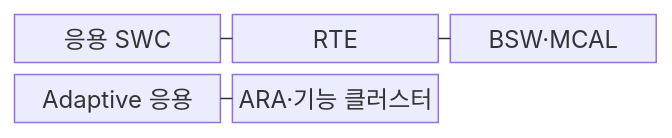
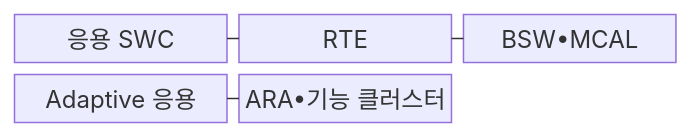
The first of 2 diagrams in src/content/docs/notes/02-hardware/067_autosar.md (agnusdei1207/knowledge-base), drawn with Mermaid before and after one commit. The commit also changed other lines of this file and 953 other files, not shown here.

````diff
--- a/src/content/docs/notes/02-hardware/067_autosar.md
+++ b/src/content/docs/notes/02-hardware/067_autosar.md
@@ -68,12 +68,12 @@
 ```mermaid
 block
   columns 3
   A["응용 SWC"]
   B["RTE"]
-  C["BSW·MCAL"]
+  C["BSW•MCAL"]
   D["Adaptive 응용"]
-  E["ARA·기능 클러스터"]
+  E["ARA•기능 클러스터"]
   A --- B
   B --- C
   D --- E
 ```
````
